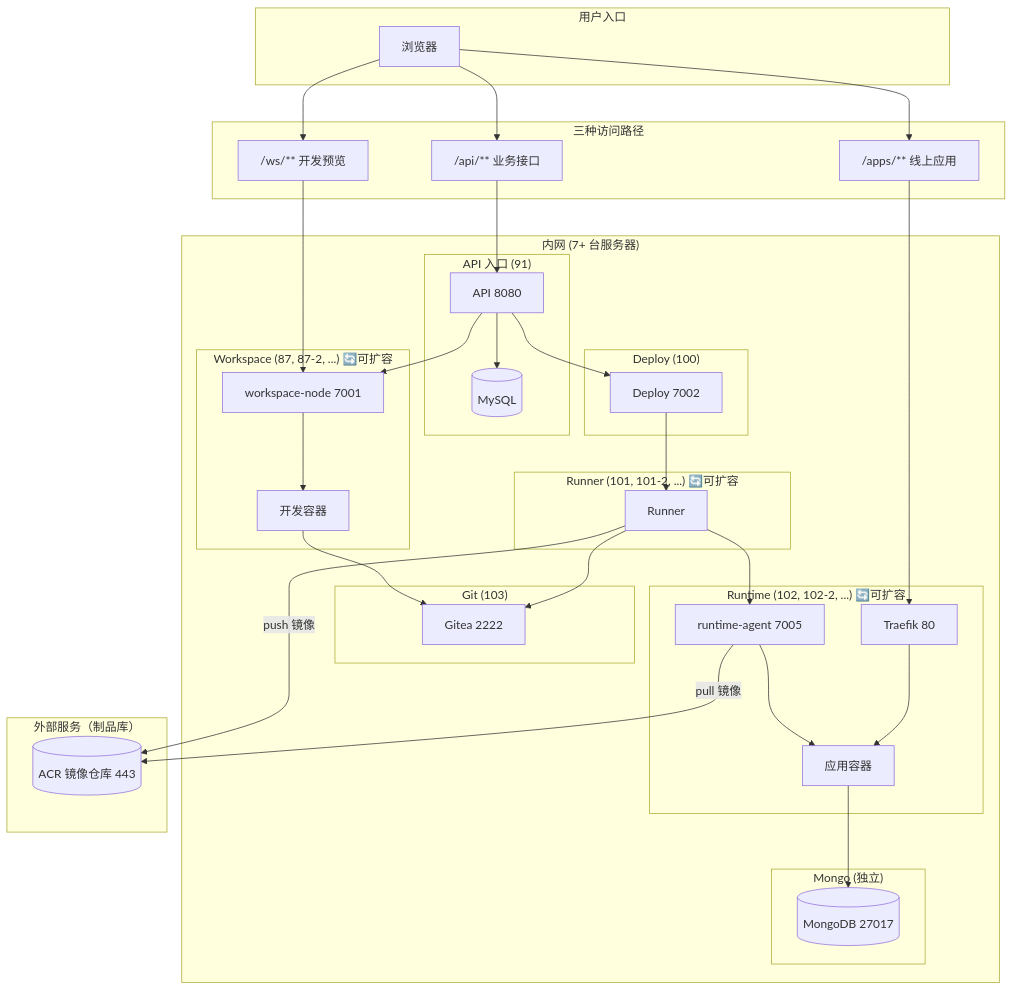
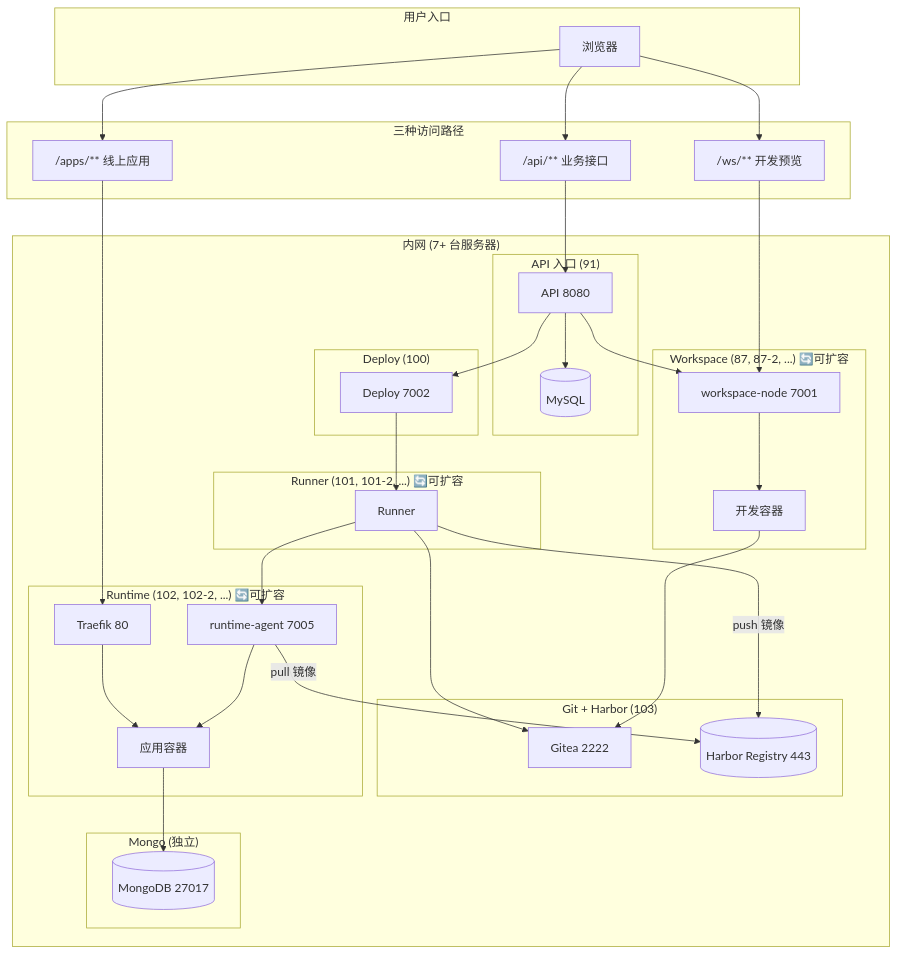
The first of 4 diagrams in src/main/resources/doc/domains/architecture/README.md (ruiAndroid/fun-ai-studio-api), drawn with Mermaid before and after one commit. The commit also changed other lines of this file and 16 other files, not shown here.

````diff
--- a/src/main/resources/doc/domains/architecture/README.md
+++ b/src/main/resources/doc/domains/architecture/README.md
@@ -31,69 +31,66 @@
 ```mermaid
 flowchart TB
     subgraph User["用户入口"]
         Browser["浏览器"]
     end
 
     subgraph Routes["三种访问路径"]
         R1["/api/** 业务接口"]
         R2["/ws/** 开发预览"]
         R3["/apps/** 线上应用"]
     end
 
     subgraph Infra["内网 (7+ 台服务器)"]
         subgraph S91["API 入口 (91)"]
             API["API 8080"]
             MySQL[("MySQL")]
         end
 
         subgraph S87["Workspace (87, 87-2, ...) 🔄可扩容"]
             WsNode["workspace-node 7001"]
             WsCtn["开发容器"]
         end
 
         subgraph S100["Deploy (100)"]
             Deploy["Deploy 7002"]
         end
 
         subgraph S101["Runner (101, 101-2, ...) 🔄可扩容"]
             Runner["Runner"]
         end
 
-        subgraph S103["Git (103)"]
+        subgraph S103["Git + Harbor (103)"]
             Gitea["Gitea 2222"]
+            Harbor[("Harbor Registry 443")]
         end
 
         subgraph S102["Runtime (102, 102-2, ...) 🔄可扩容"]
             Agent["runtime-agent 7005"]
             Traefik["Traefik 80"]
             AppCtn["应用容器"]
         end
 
         subgraph SMongo["Mongo (独立)"]
             MongoDB[("MongoDB 27017")]
         end
     end
 
-    subgraph Cloud["外部服务（制品库）"]
-        ACR[("ACR 镜像仓库 443")]
-    end
-
     Browser --> R1 & R2 & R3
     R1 --> API
     R2 --> WsNode --> WsCtn
     R3 --> Traefik --> AppCtn
 
     API --> MySQL
     API --> WsNode
     API --> Deploy
 
     Deploy --> Runner
     Runner --> Gitea
-    Runner -->|push 镜像| ACR
+    Runner -->|push 镜像| Harbor
     Runner --> Agent
-    Agent -->|pull 镜像| ACR
+    Agent -->|pull 镜像| Harbor
     Agent --> AppCtn
     AppCtn --> MongoDB
 
     WsCtn --> Gitea
 ```
````
